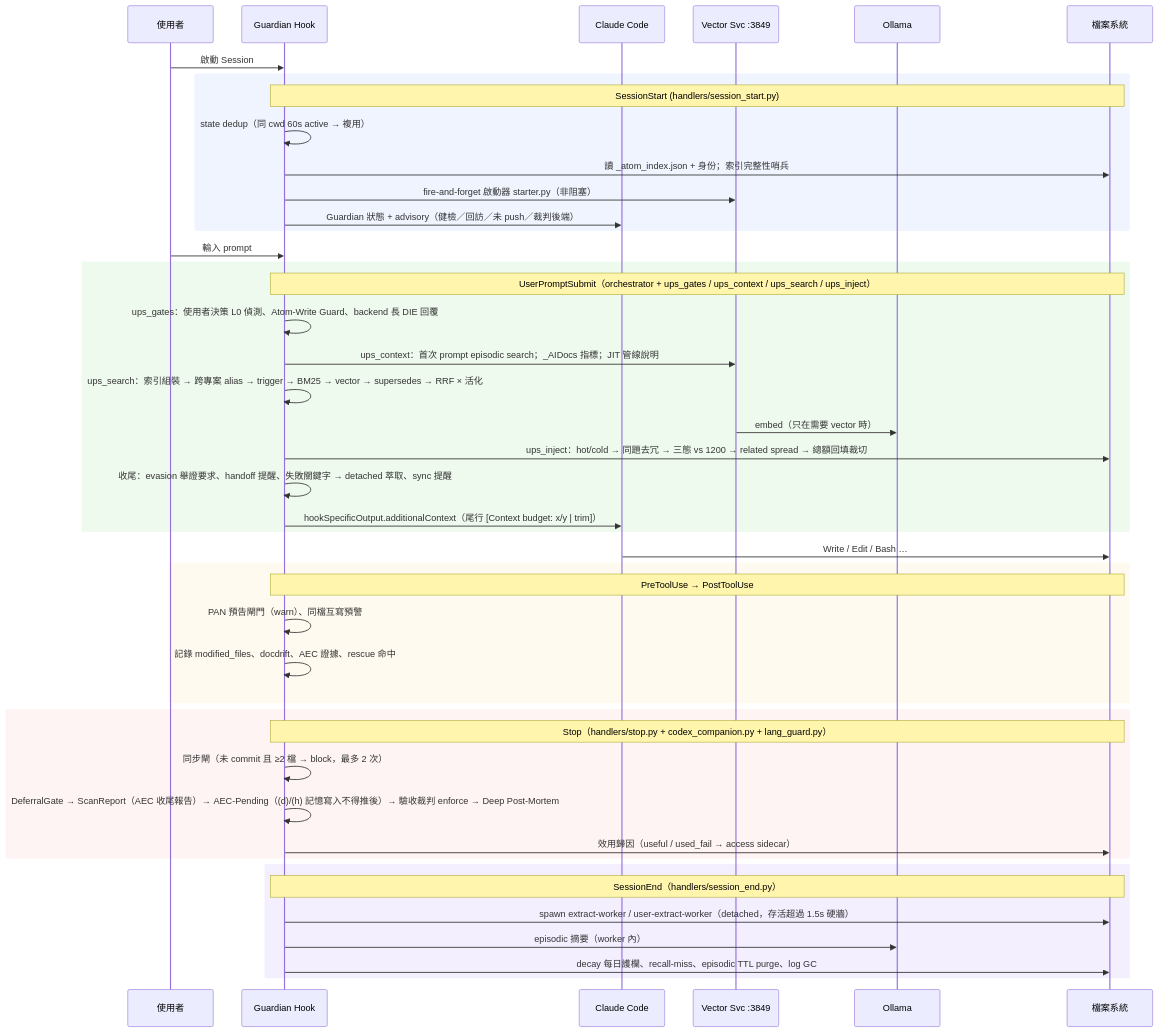
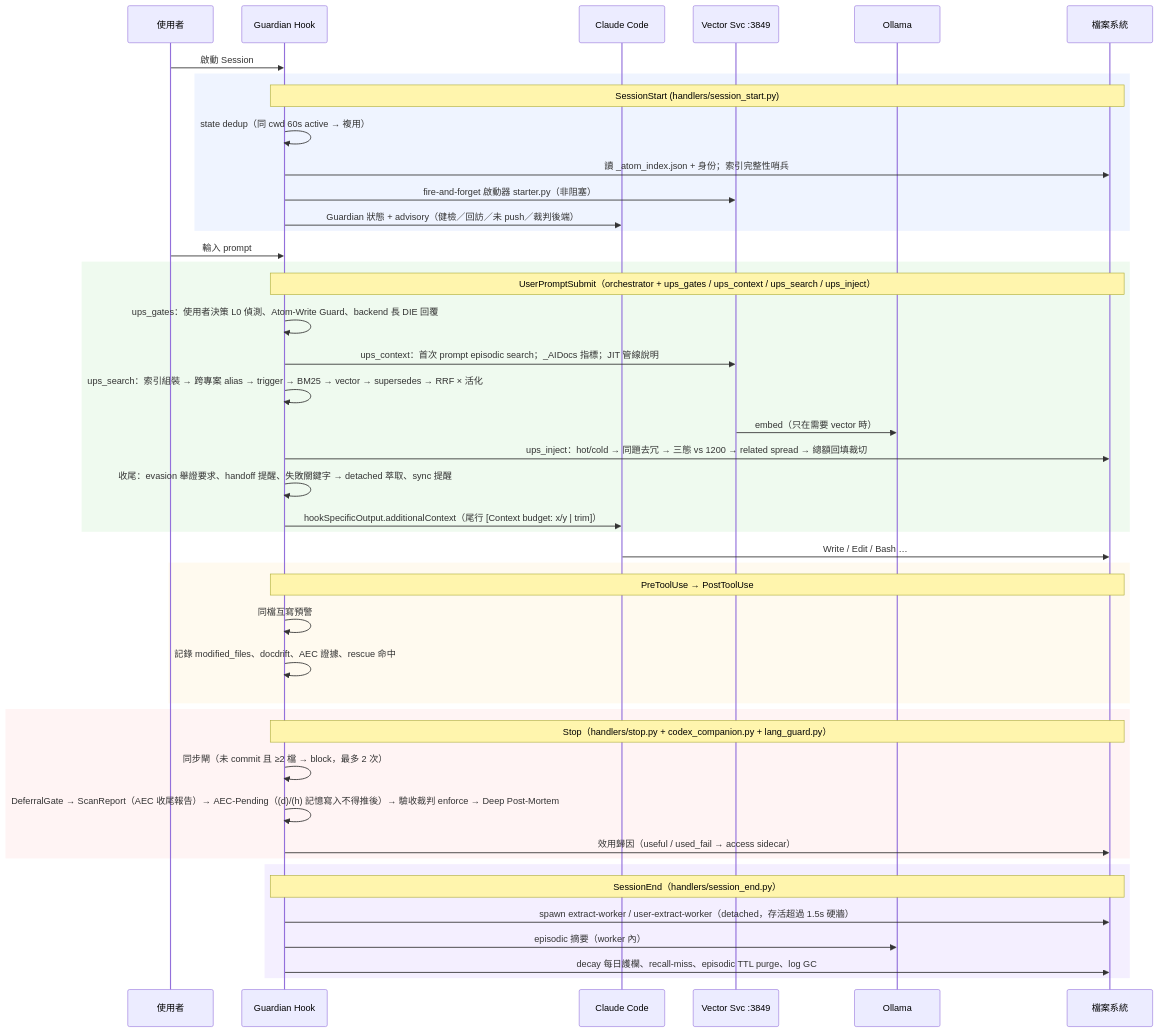
Before and after one commit to holylight1979/AtomicMemory-ClaudeCode: the diagram in TECH.md, drawn with Mermaid. The commit also changed other lines of this file and 10 other files, not shown here.

````diff
--- a/TECH.md
+++ b/TECH.md
@@ -97,51 +98,51 @@
 ```mermaid
 sequenceDiagram
     participant U as 使用者
     participant G as Guardian Hook
     participant C as Claude Code
     participant V as Vector Svc :3849
     participant O as Ollama
     participant F as 檔案系統
 
     U->>G: 啟動 Session
     rect rgba(100,150,255,0.1)
         note over G,F: SessionStart (handlers/session_start.py)
         G->>G: state dedup（同 cwd 60s active → 複用）
         G->>F: 讀 _atom_index.json + 身份；索引完整性哨兵
         G->>V: fire-and-forget 啟動器 starter.py（非阻塞）
         G->>C: Guardian 狀態 + advisory（健檢／回訪／未 push／裁判後端）
     end
 
     U->>G: 輸入 prompt
     rect rgba(100,200,100,0.1)
         note over G,F: UserPromptSubmit（orchestrator + ups_gates / ups_context / ups_search / ups_inject）
         G->>G: ups_gates：使用者決策 L0 偵測、Atom-Write Guard、backend 長 DIE 回覆
         G->>V: ups_context：首次 prompt episodic search；_AIDocs 指標；JIT 管線說明
         G->>G: ups_search：索引組裝 → 跨專案 alias → trigger → BM25 → vector → supersedes → RRF × 活化
         V->>O: embed（只在需要 vector 時）
         G->>F: ups_inject：hot/cold → 同題去冗 → 三態 vs 1200 → related spread → 總額回填裁切
         G->>G: 收尾：evasion 舉證要求、handoff 提醒、失敗關鍵字 → detached 萃取、sync 提醒
         G->>C: hookSpecificOutput.additionalContext（尾行 [Context budget: x/y | trim]）
     end
 
     C->>F: Write / Edit / Bash …
     rect rgba(255,200,100,0.1)
         note over G,F: PreToolUse → PostToolUse
-        G->>G: PAN 預告閘門（warn）、同檔互寫預警
+        G->>G: 同檔互寫預警
         G->>G: 記錄 modified_files、docdrift、AEC 證據、rescue 命中
     end
 
     rect rgba(255,150,150,0.1)
         note over G,F: Stop（handlers/stop.py + codex_companion.py + lang_guard.py）
         G->>G: 同步閘（未 commit 且 ≥2 檔 → block，最多 2 次）
         G->>G: DeferralGate → ScanReport（AEC 收尾報告）→ AEC-Pending（(d)/(h) 記憶寫入不得推後）→ 驗收裁判 enforce → Deep Post-Mortem
         G->>F: 效用歸因（useful / used_fail → access sidecar）
     end
 
     rect rgba(150,100,255,0.1)
         note over G,F: SessionEnd（handlers/session_end.py）
         G->>F: spawn extract-worker / user-extract-worker（detached，存活超過 1.5s 硬牆）
         G->>O: episodic 摘要（worker 內）
         G->>F: decay 每日護欄、recall-miss、episodic TTL purge、log GC
     end
 ```
````
